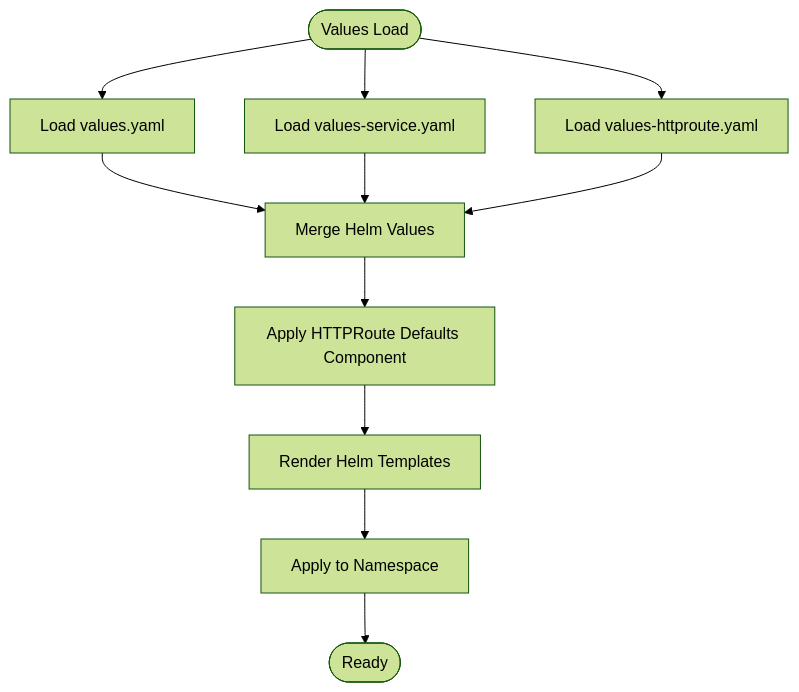
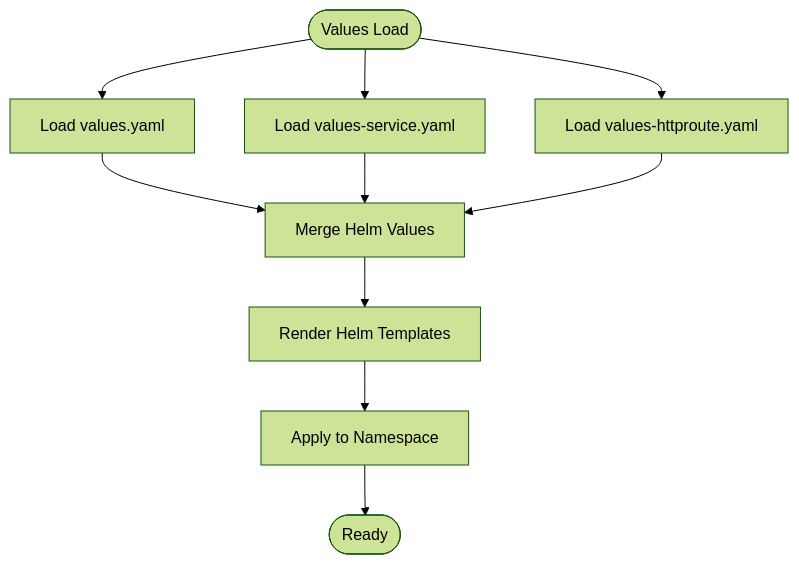
One commit to Hoangvu75/k8s_manifest changed the third of 4 diagrams in .qoder/repowiki/en/content/Playground Applications/Demo Applications.md. Above: the diagram before and after it, drawn with Mermaid (forest theme). The commit also changed other lines of this file and 15 other files, not shown here.

````diff
--- a/.qoder/repowiki/en/content/Playground Applications/Demo Applications.md
+++ b/.qoder/repowiki/en/content/Playground Applications/Demo Applications.md
@@ -148,13 +145,12 @@
 ```mermaid
 flowchart TD
 Start(["Values Load"]) --> LoadDeployment["Load values.yaml"]
 Start --> LoadService["Load values-service.yaml"]
 Start --> LoadHTTPRoute["Load values-httproute.yaml"]
 LoadDeployment --> Merge["Merge Helm Values"]
 LoadService --> Merge
 LoadHTTPRoute --> Merge
-Merge --> ApplyDefaults["Apply HTTPRoute Defaults Component"]
-ApplyDefaults --> Render["Render Helm Templates"]
+Merge --> Render["Render Helm Templates"]
 Render --> Apply["Apply to Namespace"]
 Apply --> End(["Ready"])
 ```
````
